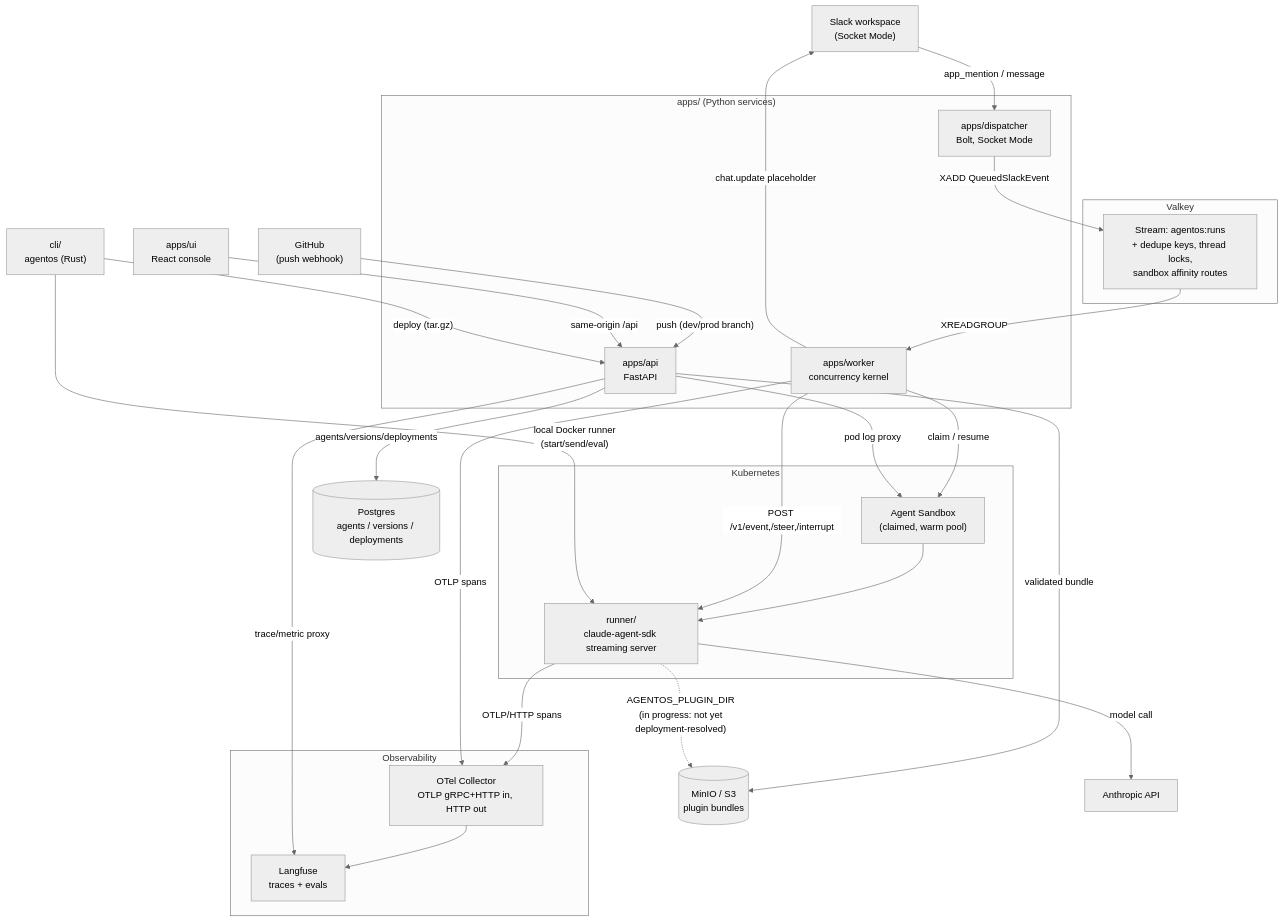
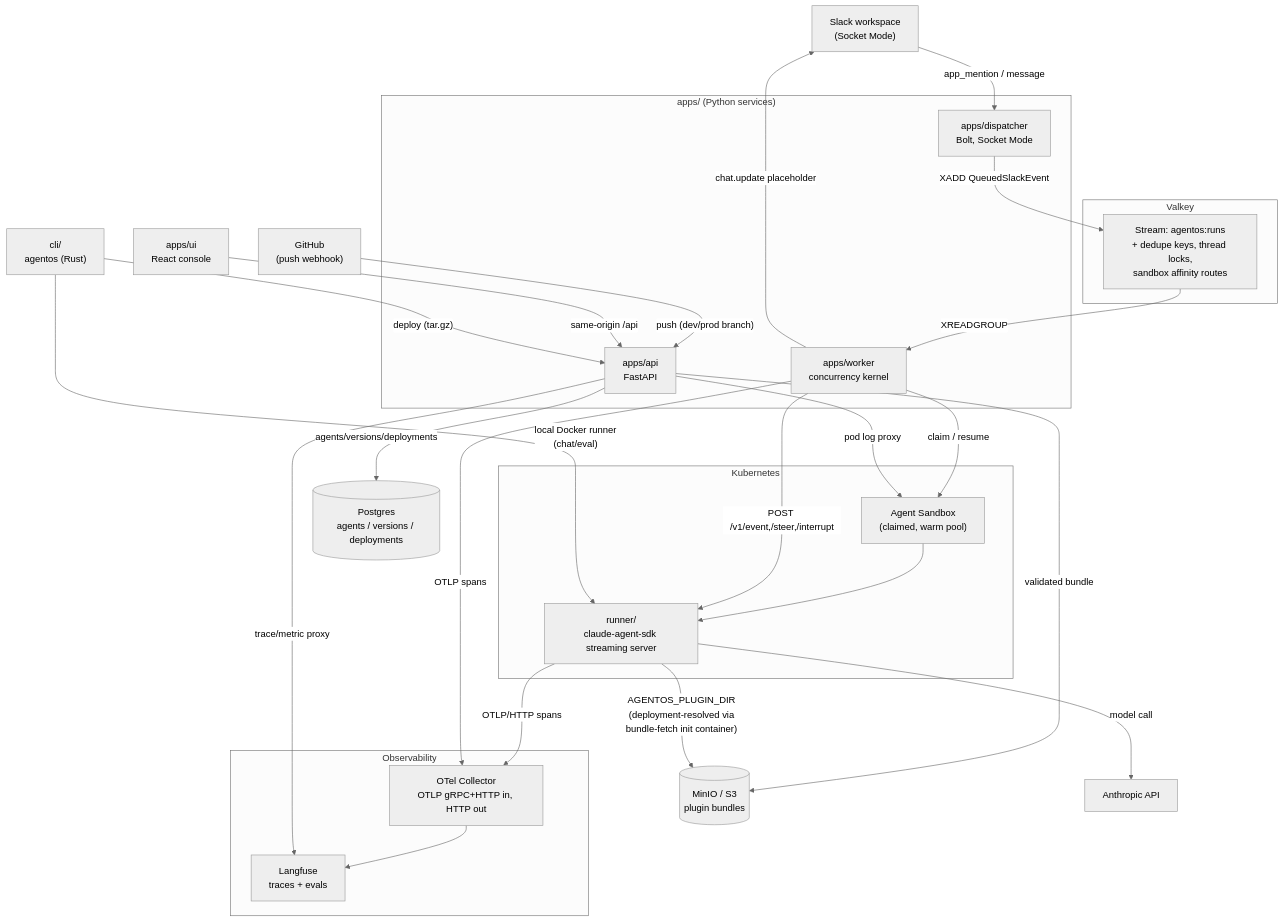
The first of 3 diagrams in docs/architecture.md (TheConnMan/agentos), drawn with Mermaid (neutral theme) before and after one commit. The commit also changed other lines of this file and 6 other files, not shown here.

First line of the commit message:
Document the as-built architecture and forward roadmap

````diff
--- a/docs/architecture.md
+++ b/docs/architecture.md
@@ -17,55 +24,55 @@
 ```mermaid
 flowchart TB
     Slack["Slack workspace<br/>(Socket Mode)"]
     GH["GitHub<br/>(push webhook)"]
 
     subgraph platform["apps/ (Python services)"]
         Dispatcher["apps/dispatcher<br/>Bolt, Socket Mode"]
         Worker["apps/worker<br/>concurrency kernel"]
         API["apps/api<br/>FastAPI"]
     end
 
     subgraph queue["Valkey"]
         Stream["Stream: agentos:runs<br/>+ dedupe keys, thread locks,<br/>sandbox affinity routes"]
     end
 
     subgraph substrate["Kubernetes"]
         Sandbox["Agent Sandbox<br/>(claimed, warm pool)"]
         Runner["runner/<br/>claude-agent-sdk streaming server"]
         Sandbox --> Runner
     end
 
     Postgres[("Postgres<br/>agents / versions / deployments")]
     Store[("MinIO / S3<br/>plugin bundles")]
     Anthropic["Anthropic API"]
 
     subgraph obs["Observability"]
         Collector["OTel Collector<br/>OTLP gRPC+HTTP in, HTTP out"]
         Langfuse["Langfuse<br/>traces + evals"]
         Collector --> Langfuse
     end
 
     UI["apps/ui<br/>React console"]
     CLI["cli/<br/>agentos (Rust)"]
 
     Slack -- "app_mention / message" --> Dispatcher
     Dispatcher -- "XADD QueuedSlackEvent" --> Stream
     Stream -- "XREADGROUP" --> Worker
     Worker -- "claim / resume" --> Sandbox
     Worker -- "POST /v1/event,/steer,/interrupt" --> Runner
     Worker -- "chat.update placeholder" --> Slack
     Runner -- model call --> Anthropic
     Runner -- "OTLP/HTTP spans" --> Collector
     Worker -- "OTLP spans" --> Collector
 
     GH -- "push (dev/prod branch)" --> API
     API -- "validated bundle" --> Store
     API -- "agents/versions/deployments" --> Postgres
-    Runner -. "AGENTOS_PLUGIN_DIR<br/>(in progress: not yet<br/>deployment-resolved)" .-> Store
 
     UI -- "same-origin /api" --> API
     API -- "trace/metric proxy" --> Langfuse
     API -- "pod log proxy" --> Sandbox
-    CLI -- "local Docker runner<br/>(start/send/eval)" --> Runner
+    CLI -- "local Docker runner<br/>(chat/eval)" --> Runner
     CLI -- "deploy (tar.gz)" --> API
+    Runner -- "AGENTOS_PLUGIN_DIR<br/>(deployment-resolved via<br/>bundle-fetch init container)" --> Store
 ```
````
